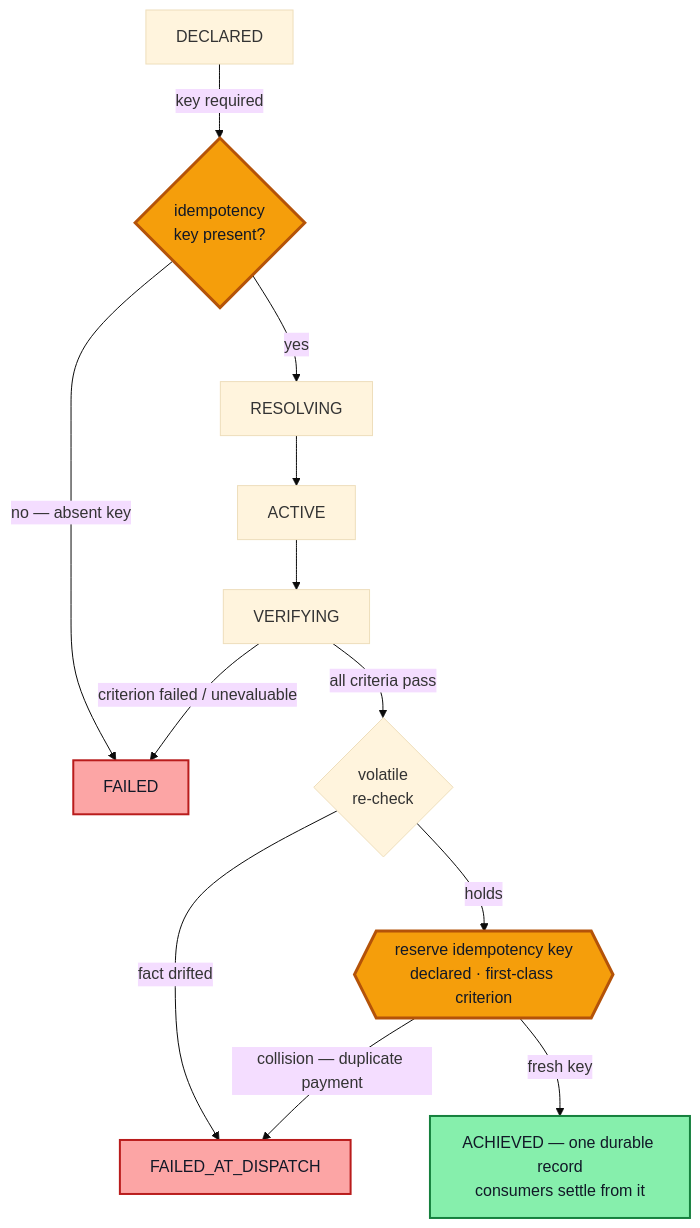
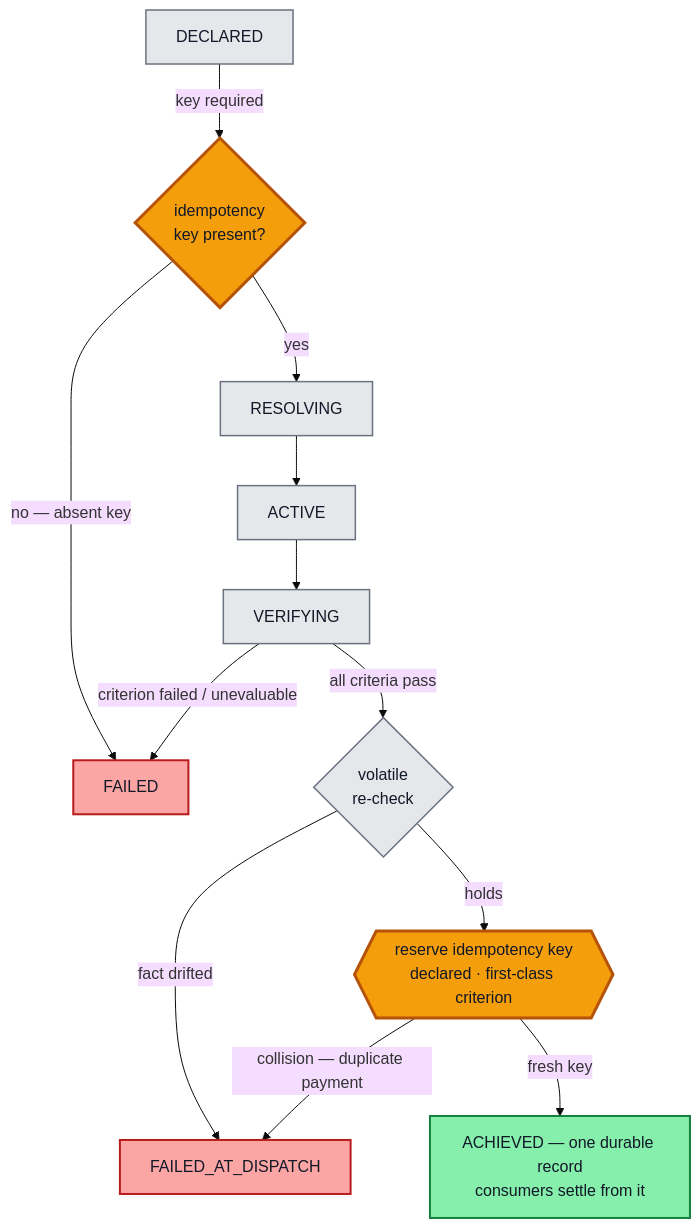
The first of 2 diagrams in README.md (hossainpazooki/treasury-intent-controller), drawn with Mermaid (base theme) before and after one commit. The commit also changed other lines of this file, not shown here.

````diff
--- a/README.md
+++ b/README.md
@@ -30,19 +30,21 @@
 ```mermaid
 flowchart TD
     D[DECLARED] -->|key required| K{idempotency<br/>key present?}
     K -->|no — absent key| F[FAILED]
     K -->|yes| R[RESOLVING] --> A[ACTIVE] --> V[VERIFYING]
     V -->|criterion failed / unevaluable| F
     V -->|all criteria pass| VR{volatile<br/>re-check}
     VR -->|fact drifted| FD[FAILED_AT_DISPATCH]
     VR -->|holds| IDEM{{"reserve idempotency key<br/>declared · first-class criterion"}}
     IDEM -->|collision — duplicate payment| FD
-    IDEM -->|fresh key| ACH[ACHIEVED — one durable record<br/>consumers settle from it]
+    IDEM -->|fresh key| ACH["ACHIEVED — one durable record<br/>consumers settle from it"]
 
+    classDef neutral fill:#e5e7eb,stroke:#6b7280,stroke-width:1.5px,color:#111827;
     classDef idem fill:#f59e0b,stroke:#b45309,stroke-width:3px,color:#111827;
     classDef good fill:#86efac,stroke:#15803d,stroke-width:2px,color:#111827;
     classDef bad fill:#fca5a5,stroke:#b91c1c,stroke-width:2px,color:#111827;
+    class D,R,A,V,VR neutral;
     class K,IDEM idem;
     class ACH good;
     class F,FD bad;
 ```
````
